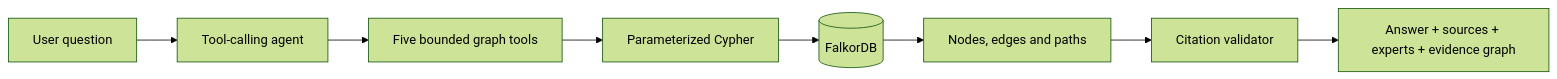
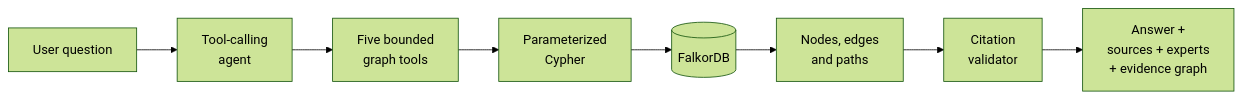
Before and after one commit to krshn0x/KnowGraph-AI-Standalone: the first of 3 diagrams in README.md, drawn with Mermaid (forest theme).

Commit message:
Wrap long agent-approach node labels onto multiple lines to stop clipping

````diff
--- a/README.md
+++ b/README.md
@@ -11,10 +11,10 @@
 ```mermaid
 flowchart LR
-    U["User question"] --> A["Tool-calling agent"]
-    A --> T["Five bounded graph tools"]
-    T --> C["Parameterized Cypher"]
+    U["User question"] --> A["Tool-calling<br/>agent"]
+    A --> T["Five bounded<br/>graph tools"]
+    T --> C["Parameterized<br/>Cypher"]
     C --> F[("FalkorDB")]
-    F --> E["Nodes, edges and paths"]
-    E --> V["Citation validator"]
-    V --> R["Answer + sources + experts + evidence graph"]
+    F --> E["Nodes, edges<br/>and paths"]
+    E --> V["Citation<br/>validator"]
+    V --> R["Answer +<br/>sources + experts<br/>+ evidence graph"]
 ```
````
